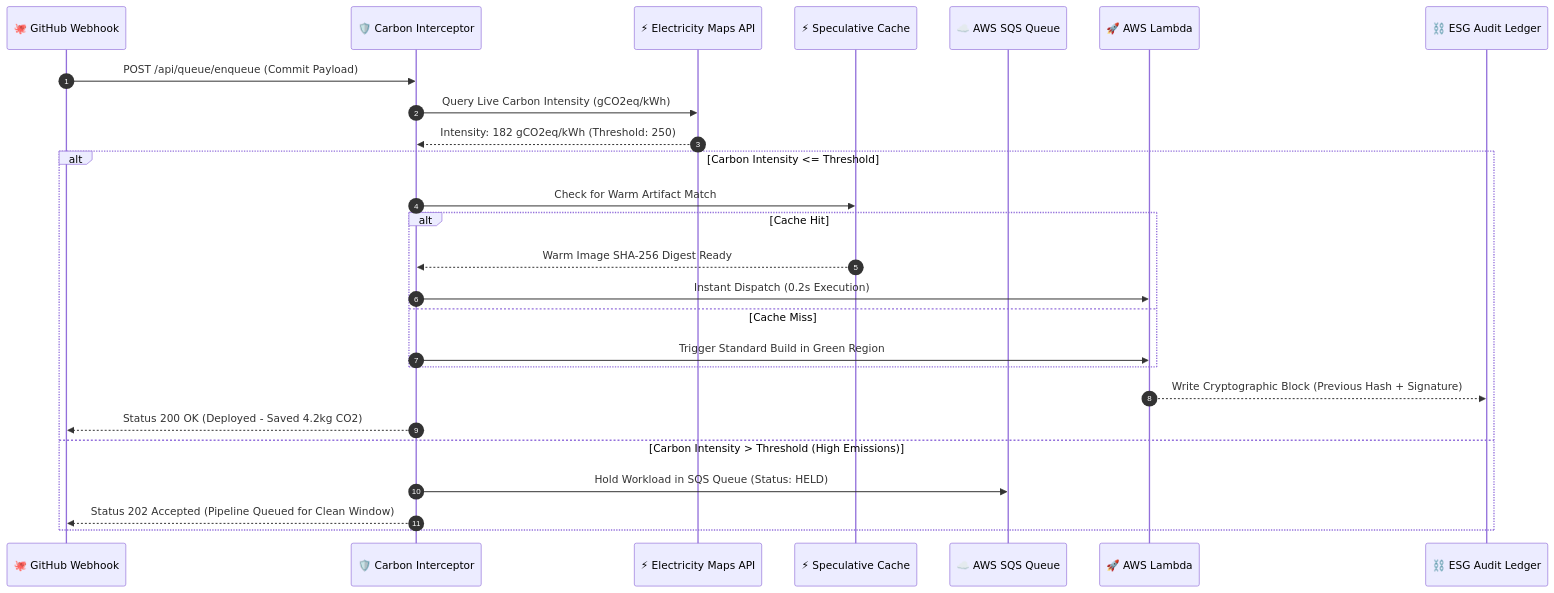
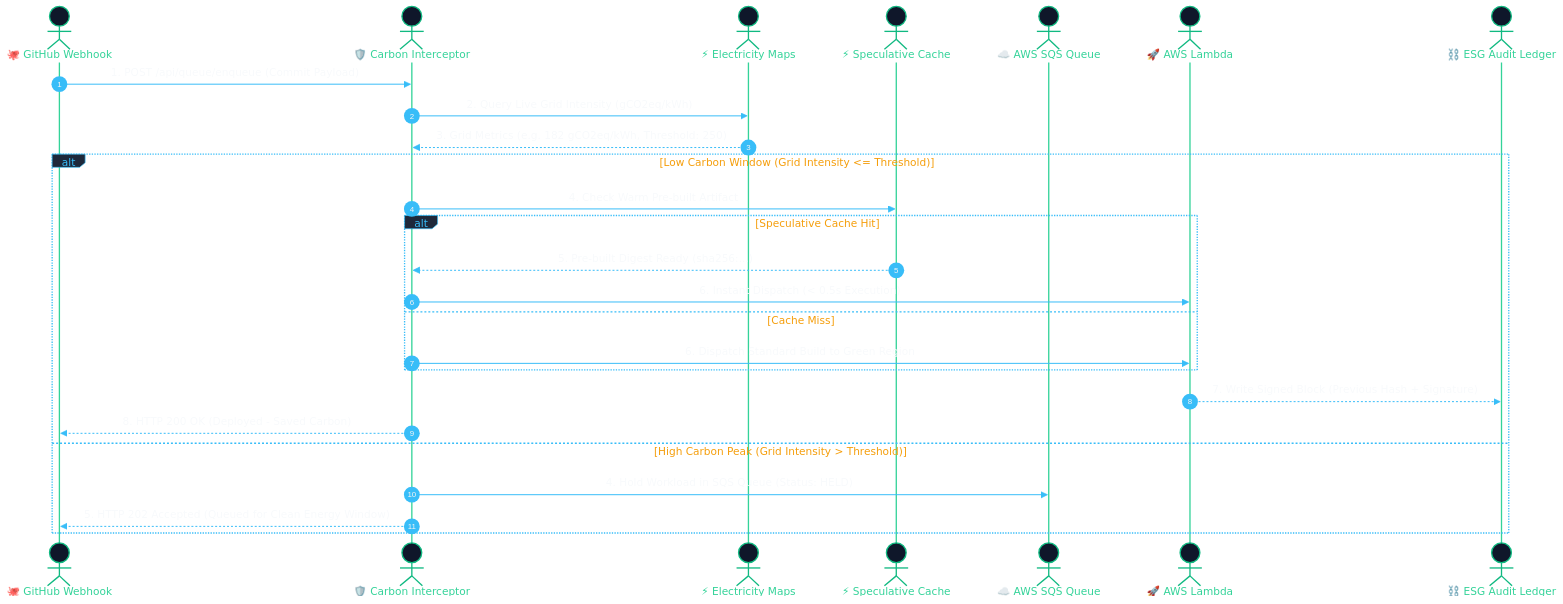
One commit to Jacksonfio/CarbonDevOps changed the second of 2 diagrams in README.md. Above: the diagram before and after it, drawn with Mermaid. The commit also changed other lines of this file, not shown here.

Commit message:
style: increase Mermaid architecture and sequence diagram font sizes and high contrast styling

````diff
--- a/README.md
+++ b/README.md
@@ -147,30 +155,55 @@
 ```mermaid
+%%{
+  init: {
+    'theme': 'base',
+    'themeVariables': {
+      'fontSize': '18px',
+      'fontFamily': 'Inter, system-ui, -apple-system, sans-serif',
+      'actorFontSize': '18px',
+      'messageFontSize': '16px',
+      'noteFontSize': '16px',
+      'actorBkg': '#0F172A',
+      'actorBorder': '#10B981',
+      'actorTextColor': '#34D399',
+      'actorLineColor': '#34D399',
+      'signalColor': '#38BDF8',
+      'signalTextColor': '#F8FAFC',
+      'labelBoxBkgColor': '#1E293B',
+      'labelBoxBorderColor': '#38BDF8',
+      'labelTextColor': '#38BDF8',
+      'loopTextColor': '#F59E0B',
+      'noteBkgColor': '#1E293B',
+      'noteBorderColor': '#A855F7',
+      'noteTextColor': '#C084FC'
+    }
+  }
+}%%
 sequenceDiagram
     autonumber
-    participant Git as 🐙 GitHub Webhook
-    participant Interceptor as 🛡️ Carbon Interceptor
-    participant Grid as ⚡ Electricity Maps API
-    participant Speculative as ⚡ Speculative Cache
-    participant SQS as ☁️ AWS SQS Queue
-    participant Lambda as 🚀 AWS Lambda
-    participant Ledger as ⛓️ ESG Audit Ledger
+    actor Git as 🐙 GitHub Webhook
+    actor Interceptor as 🛡️ Carbon Interceptor
+    actor Grid as ⚡ Electricity Maps
+    actor Speculative as ⚡ Speculative Cache
+    actor SQS as ☁️ AWS SQS Queue
+    actor Lambda as 🚀 AWS Lambda
+    actor Ledger as ⛓️ ESG Audit Ledger
 
-    Git->>Interceptor: POST /api/queue/enqueue (Commit Payload)
-    Interceptor->>Grid: Query Live Carbon Intensity (gCO2eq/kWh)
-    Grid-->>Interceptor: Intensity: 182 gCO2eq/kWh (Threshold: 250)
-    
-    alt Carbon Intensity <= Threshold
-        Interceptor->>Speculative: Check for Warm Artifact Match
-        alt Cache Hit
-            Speculative-->>Interceptor: Warm Image SHA-256 Digest Ready
-            Interceptor->>Lambda: Instant Dispatch (0.2s Execution)
+    Git->>Interceptor: 1. POST /api/queue/enqueue (Commit Payload)
+    Interceptor->>Grid: 2. Query Live Grid Intensity (gCO2eq/kWh)
+    Grid-->>Interceptor: 3. Grid Metrics (e.g. 182 gCO2eq/kWh, Threshold: 250)
+
+    alt Low Carbon Window (Grid Intensity <= Threshold)
+        Interceptor->>Speculative: 4. Check Warm Pre-built Artifact
+        alt Speculative Cache Hit
+            Speculative-->>Interceptor: 5. Pre-built Digest Ready (sha256:...)
+            Interceptor->>Lambda: 6. Instant Dispatch (< 0.5s Execution)
         else Cache Miss
-            Interceptor->>Lambda: Trigger Standard Build in Green Region
+            Interceptor->>Lambda: 6. Dispatch Standard Build to Green Region
         end
-        Lambda-->>Ledger: Write Cryptographic Block (Previous Hash + Signature)
-        Interceptor-->>Git: Status 200 OK (Deployed - Saved 4.2kg CO2)
-    else Carbon Intensity > Threshold (High Emissions)
-        Interceptor->>SQS: Hold Workload in SQS Queue (Status: HELD)
-        Interceptor-->>Git: Status 202 Accepted (Pipeline Queued for Clean Window)
+        Lambda-->>Ledger: 7. Write Signed Block (Previous Hash + Signature)
+        Interceptor-->>Git: 8. HTTP 200 OK (Deployed - Saved Carbon)
+    else High Carbon Peak (Grid Intensity > Threshold)
+        Interceptor->>SQS: 4. Hold Workload in SQS Queue (Status: HELD)
+        Interceptor-->>Git: 5. HTTP 202 Accepted (Queued for Clean Energy Window)
     end
 ```
````
